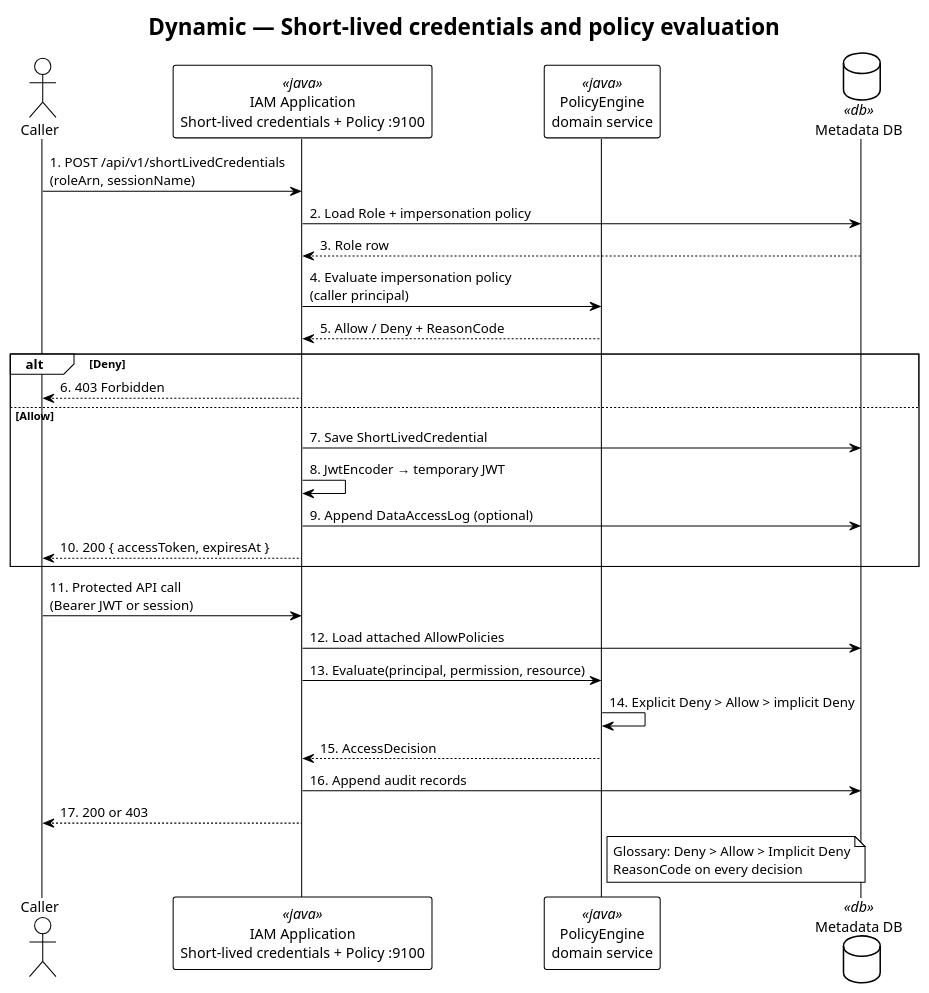
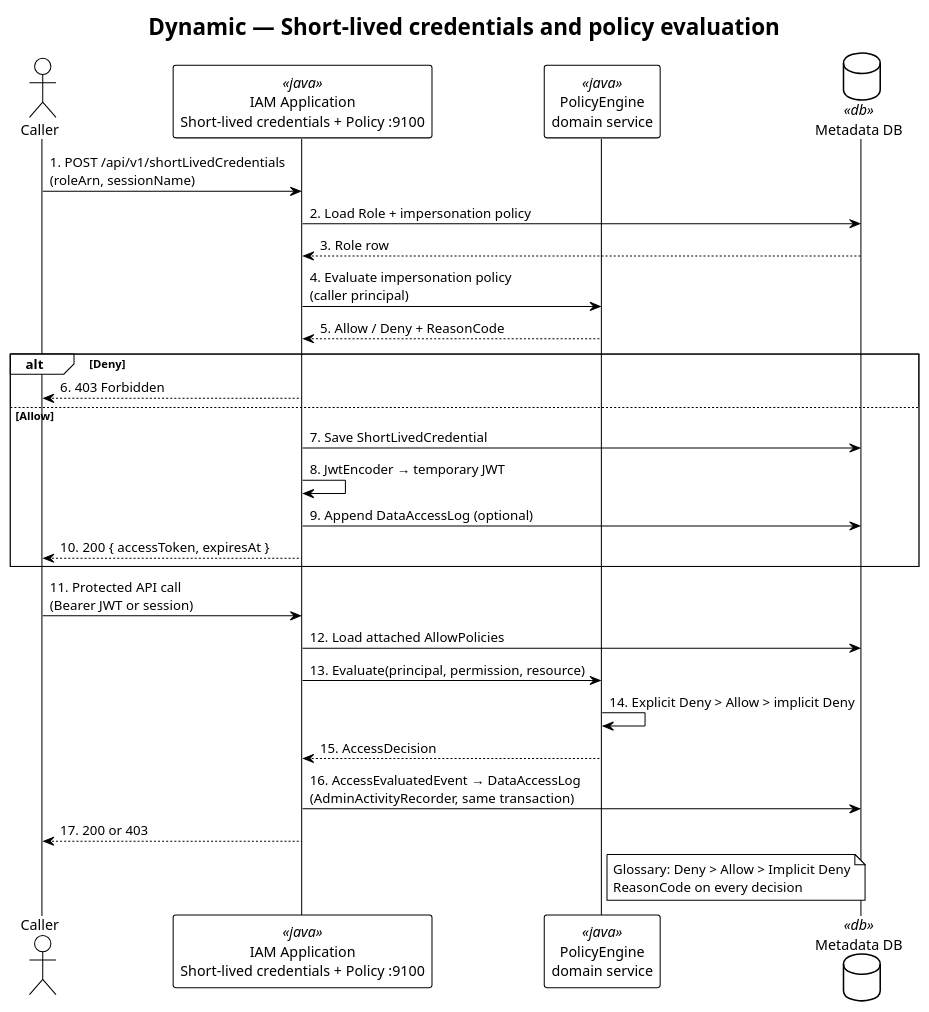
Before and after one commit to felixzhu97/explore-iam: the diagram in docs/developer/c4-model/C4-Dynamic-PolicyEvaluation.puml, drawn with PlantUML. The commit also changed 10 other files, not shown here.

First line of the commit message:
Show event-driven audit and federation cleanup in C4 (#128)

```diff
--- a/docs/developer/c4-model/C4-Dynamic-PolicyEvaluation.puml
+++ b/docs/developer/c4-model/C4-Dynamic-PolicyEvaluation.puml
@@ -1,40 +1,40 @@
 @startuml C4-Dynamic-PolicyEvaluation
 !theme plain
 skinparam backgroundColor #FFFFFF
 skinparam shadowing false
 
 title Dynamic — Short-lived credentials and policy evaluation
 
 actor "Caller" as caller
 participant "IAM Application\nShort-lived credentials + Policy :9100" as api <<java>>
 participant "PolicyEngine\ndomain service" as engine <<java>>
 database "Metadata DB" as db <<db>>
 
 caller -> api: 1. POST /api/v1/shortLivedCredentials\n(roleArn, sessionName)
 api -> db: 2. Load Role + impersonation policy
 db --> api: 3. Role row
 api -> engine: 4. Evaluate impersonation policy\n(caller principal)
 engine --> api: 5. Allow / Deny + ReasonCode
 alt Deny
   api --> caller: 6. 403 Forbidden
 else Allow
   api -> db: 7. Save ShortLivedCredential
   api -> api: 8. JwtEncoder → temporary JWT
   api -> db: 9. Append DataAccessLog (optional)
   api --> caller: 10. 200 { accessToken, expiresAt }
 end
 
 caller -> api: 11. Protected API call\n(Bearer JWT or session)
 api -> db: 12. Load attached AllowPolicies
 api -> engine: 13. Evaluate(principal, permission, resource)
 engine -> engine: 14. Explicit Deny > Allow > implicit Deny
 engine --> api: 15. AccessDecision
-api -> db: 16. Append audit records
+api -> db: 16. AccessEvaluatedEvent → DataAccessLog\n(AdminActivityRecorder, same transaction)
 api --> caller: 17. 200 or 403
 
 note right of engine
   Glossary: Deny > Allow > Implicit Deny
   ReasonCode on every decision
 end note
 
 @enduml
```
